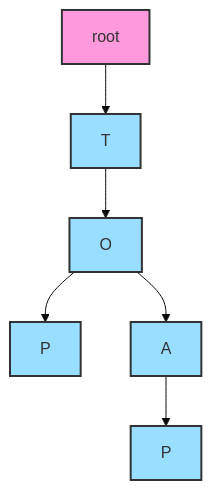
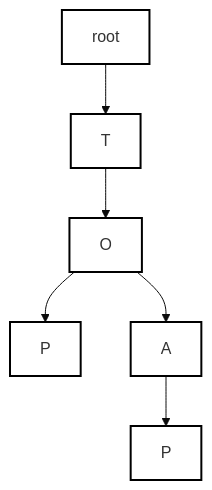
One commit to sarim2000/LogicLoreLibrary changed the first of 2 diagrams in Leetcode/Trie/intro.md. Above: the diagram before and after it, drawn with Mermaid (base theme).

````diff
--- a/Leetcode/Trie/intro.md
+++ b/Leetcode/Trie/intro.md
@@ -7,14 +7,14 @@
 ```mermaid
     graph TD
         root --> t[T]
         t --> o[O]
         o --> p[P]
         o --> a[A]
         a --> p1[P]
-        style root fill:#f9d,stroke:#333,stroke-width:2px;
-        style t fill:#9df,stroke:#333,stroke-width:2px;
-        style o fill:#9df,stroke:#333,stroke-width:2px;
-        style p fill:#9df,stroke:#333,stroke-width:2px;
-        style a fill:#9df,stroke:#333,stroke-width:2px;
-        style p1 fill:#9df,stroke:#333,stroke-width:2px;
+        style root fill:#fff,stroke:#000,stroke-width:2px;
+        style t fill:#fff,stroke:#000,stroke-width:2px;
+        style o fill:#fff,stroke:#000,stroke-width:2px;
+        style p fill:#fff,stroke:#000,stroke-width:2px;
+        style a fill:#fff,stroke:#000,stroke-width:2px;
+        style p1 fill:#fff,stroke:#000,stroke-width:2px;
 ```
````
